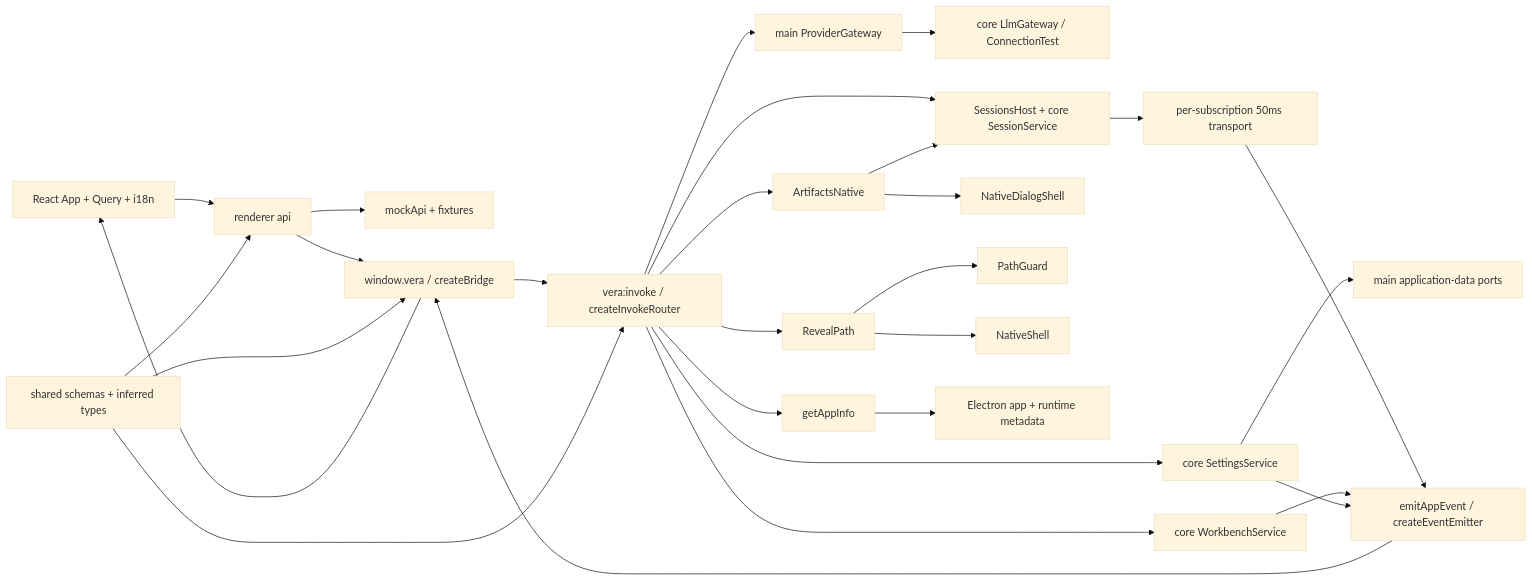
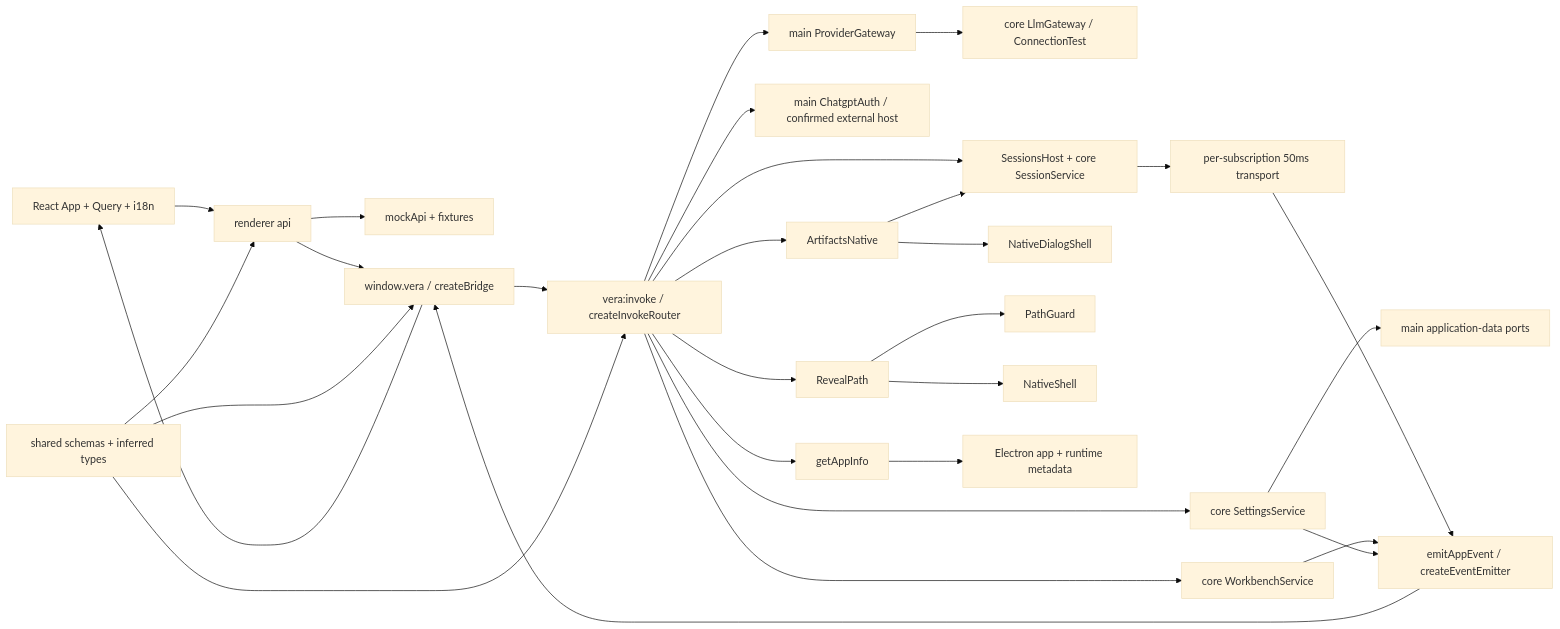
One commit to DDP-Engineering/2026_Virtual_Embedded_Rig_Assistant changed the diagram in .agentic/knowledge/ipc-boundary.md. Above: the diagram before and after it, drawn with Mermaid (base theme). The commit also changed other lines of this file and 54 other files, not shown here.

````diff
--- a/.agentic/knowledge/ipc-boundary.md
+++ b/.agentic/knowledge/ipc-boundary.md
@@ -81,30 +82,31 @@
 ```mermaid
 flowchart LR
   UI[React App + Query + i18n] --> API[renderer api]
   API --> MOCK[mockApi + fixtures]
   API --> PRE[window.vera / createBridge]
   PRE --> ROUTER[vera:invoke / createInvokeRouter]
   ROUTER --> INFO[getAppInfo]
   ROUTER --> SETTINGS[core SettingsService]
+  ROUTER --> AUTH[main ChatgptAuth / confirmed external host]
   ROUTER --> GATEWAY[main ProviderGateway]
   GATEWAY --> LLM[core LlmGateway / ConnectionTest]
   ROUTER --> WORKBENCH[core WorkbenchService]
   ROUTER --> SESSIONS[SessionsHost + core SessionService]
   ROUTER --> ArtifactsNative
   ArtifactsNative --> SESSIONS
   ArtifactsNative --> NativeDialogShell
   ROUTER --> RevealPath
   RevealPath --> PathGuard
   RevealPath --> NativeShell
   SESSIONS --> COALESCE[per-subscription 50ms transport]
   COALESCE --> EMIT
   WORKBENCH --> EMIT
   SETTINGS --> PORTS[main application-data ports]
   SETTINGS --> EMIT
   INFO --> HOST[Electron app + runtime metadata]
   EMIT[emitAppEvent / createEventEmitter] --> PRE
   PRE --> UI
   SHARED[shared schemas + inferred types] --> ROUTER
   SHARED --> PRE
   SHARED --> API
 ```
````
